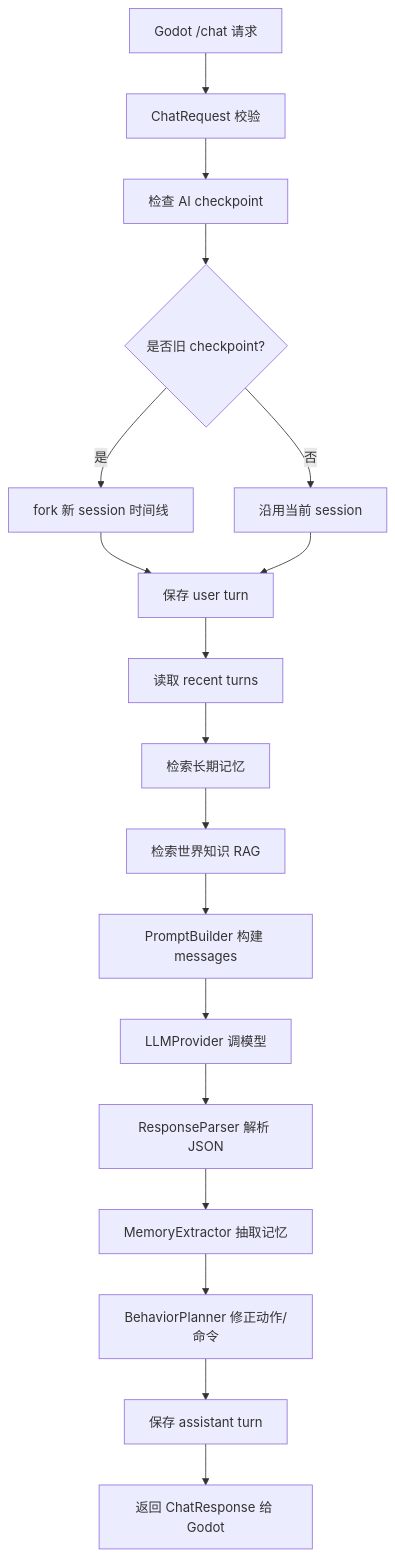
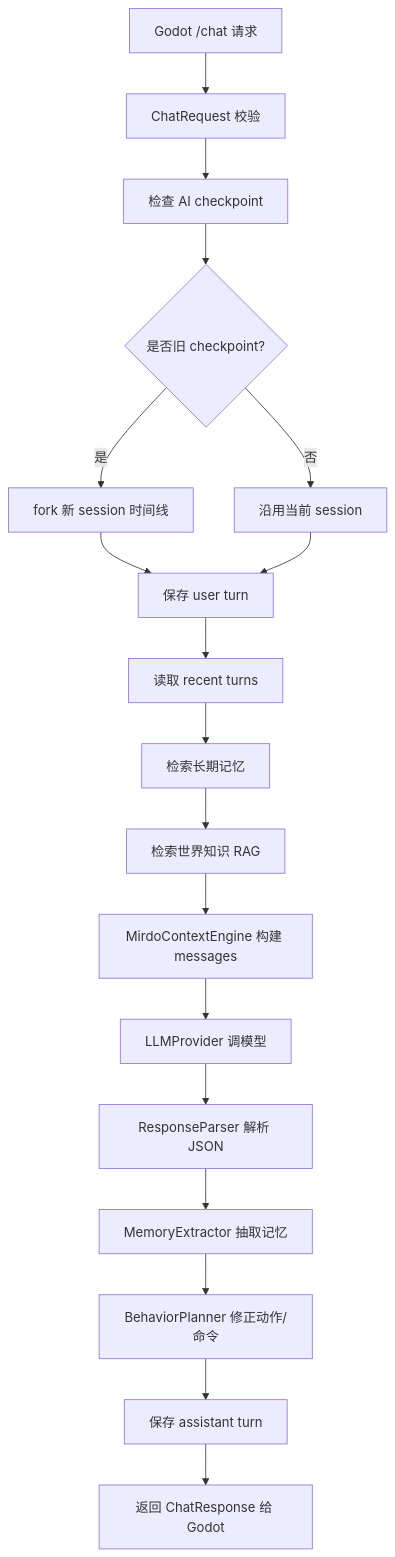
The diagram in docs/backend-quick-guide.md (momoi6661/mirdo-server), drawn with Mermaid before and after one commit. The commit also changed other lines of this file and 20 other files, not shown here.

Commit message:
Refine Mirdo agent context and TTS backend

````diff
--- a/docs/backend-quick-guide.md
+++ b/docs/backend-quick-guide.md
@@ -221,20 +221,20 @@
 ```mermaid
 flowchart TD
     A["Godot /chat 请求"] --> B["ChatRequest 校验"]
     B --> C["检查 AI checkpoint"]
     C --> D{"是否旧 checkpoint?"}
     D -- 是 --> E["fork 新 session 时间线"]
     D -- 否 --> F["沿用当前 session"]
     E --> G["保存 user turn"]
     F --> G
     G --> H["读取 recent turns"]
     H --> I["检索长期记忆"]
     I --> J["检索世界知识 RAG"]
-    J --> K["PromptBuilder 构建 messages"]
+    J --> K["MirdoContextEngine 构建 messages"]
     K --> L["LLMProvider 调模型"]
     L --> M["ResponseParser 解析 JSON"]
     M --> N["MemoryExtractor 抽取记忆"]
     N --> O["BehaviorPlanner 修正动作/命令"]
     O --> P["保存 assistant turn"]
     P --> Q["返回 ChatResponse 给 Godot"]
 ```
````
